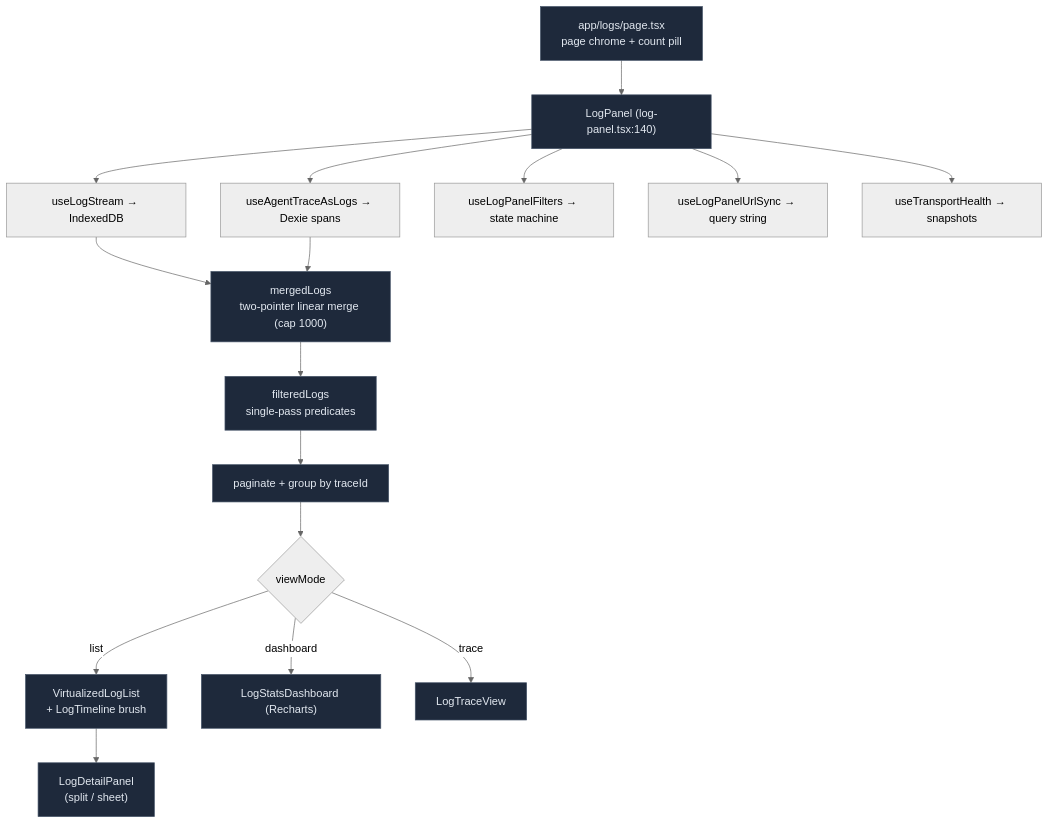
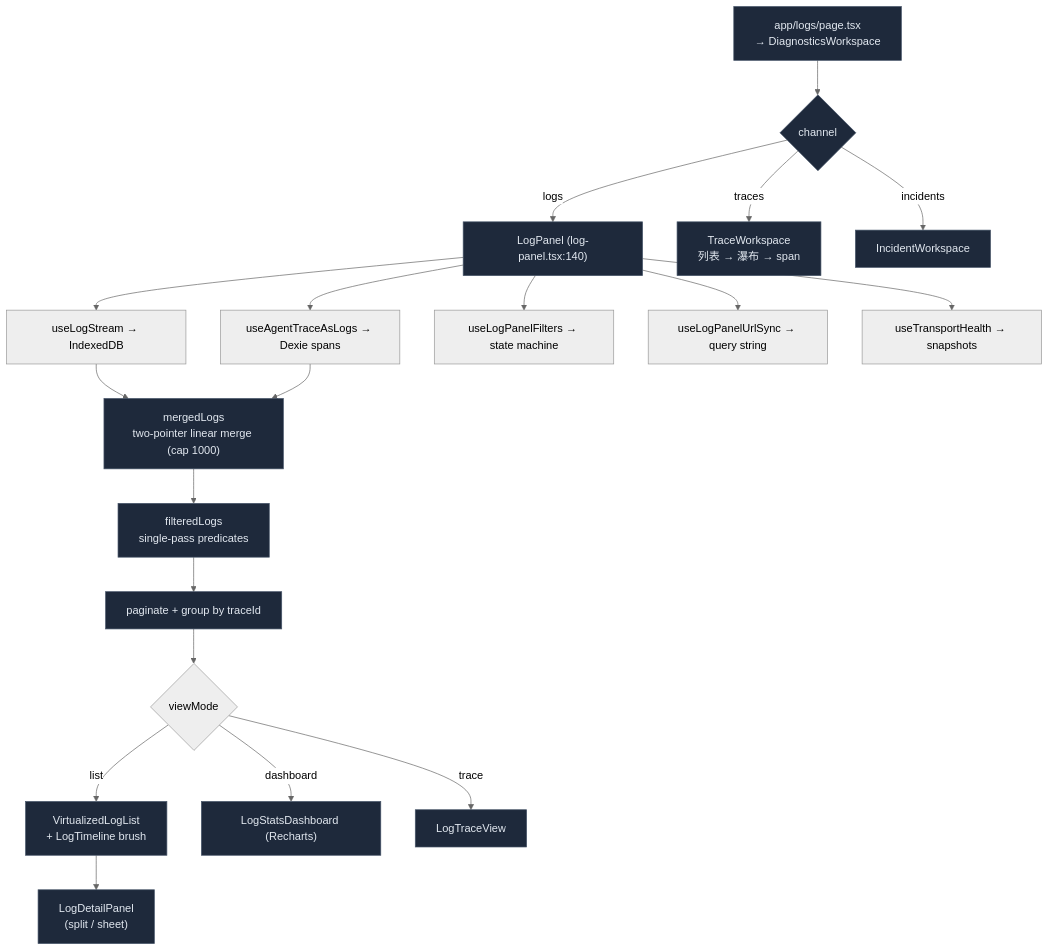
The diagram in docs/content/docs/zh/subsystems/observability/log-panel.mdx (MaxQian888/cognia-next), drawn with Mermaid (neutral theme) before and after one commit. The commit also changed other lines of this file and 22 other files, not shown here.

````diff
--- a/docs/content/docs/zh/subsystems/observability/log-panel.mdx
+++ b/docs/content/docs/zh/subsystems/observability/log-panel.mdx
@@ -32,22 +33,25 @@
 ```mermaid
 flowchart TB
-  Page["app/logs/page.tsx<br/>page chrome + count pill"]
-  Page --> Panel["LogPanel (log-panel.tsx:140)"]
+  Page["app/logs/page.tsx<br/>→ DiagnosticsWorkspace"]
+  Page --> Ch{"channel"}
+  Ch -->|"logs"| Panel["LogPanel (log-panel.tsx:140)"]
+  Ch -->|"traces"| TW["TraceWorkspace<br/>列表 → 瀑布 → span"]
+  Ch -->|"incidents"| IW["IncidentWorkspace"]
   Panel --> H1["useLogStream → IndexedDB"]
   Panel --> H2["useAgentTraceAsLogs → Dexie spans"]
   Panel --> H3["useLogPanelFilters → state machine"]
   Panel --> H4["useLogPanelUrlSync → query string"]
   Panel --> H5["useTransportHealth → snapshots"]
   H1 --> Merge["mergedLogs<br/>two-pointer linear merge (cap 1000)"]
   H2 --> Merge
   Merge --> Filter["filteredLogs<br/>single-pass predicates"]
   Filter --> Page2["paginate + group by traceId"]
   Page2 --> View{"viewMode"}
   View -->|"list"| VL["VirtualizedLogList<br/>+ LogTimeline brush"]
   View -->|"dashboard"| DB["LogStatsDashboard (Recharts)"]
   View -->|"trace"| TV["LogTraceView"]
   VL --> Detail["LogDetailPanel<br/>(split / sheet)"]
 
   classDef box fill:#1e293b,stroke:#475569,color:#e2e8f0
-  class Page,Panel,Merge,Filter,Page2,VL,DB,TV,Detail box
+  class Page,Ch,Panel,TW,IW,Merge,Filter,Page2,VL,DB,TV,Detail box
 ```
````
